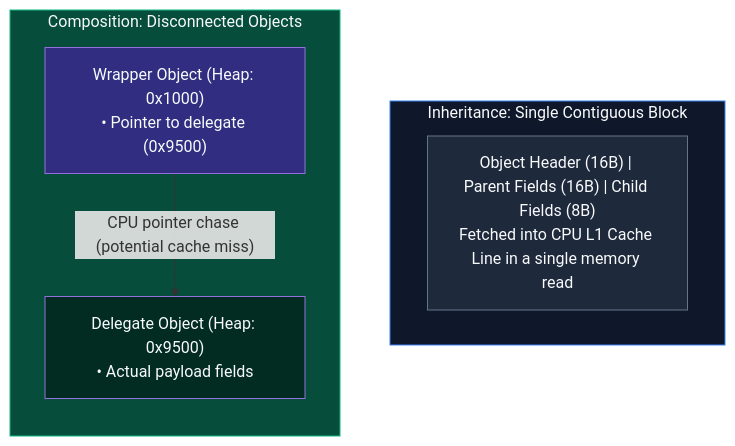
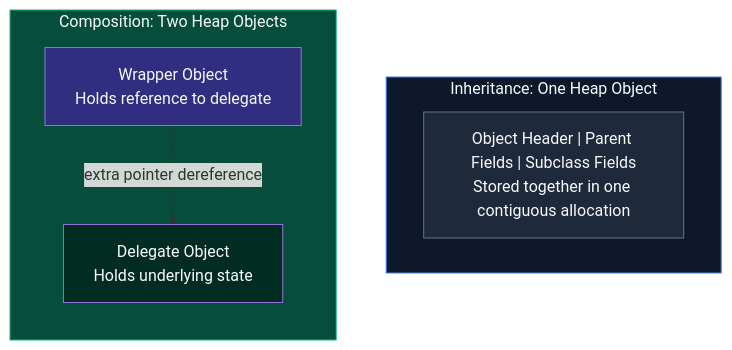
Before and after one commit to ravishankar2463/java_hub: the fourth of 4 diagrams in content/roadmap/level-1/composition-over-inheritance.md, drawn with Mermaid. The commit also changed other lines of this file and 119 other files, not shown here.

Commit message:
feat: add comprehensive java learning roadmap content across multiple levels

````diff
--- a/content/roadmap/level-1/composition-over-inheritance.md
+++ b/content/roadmap/level-1/composition-over-inheritance.md
@@ -292,20 +280,20 @@
 ```mermaid
 flowchart TD
-    subgraph InheritanceMemory ["Inheritance: Single Contiguous Block"]
+    subgraph InheritanceMemory ["Inheritance: One Heap Object"]
         direction LR
-        I_Obj["Object Header (16B) | Parent Fields (16B) | Child Fields (8B)<br/>Fetched into CPU L1 Cache Line in a single memory read"]
+        I_Obj["Object Header | Parent Fields | Subclass Fields<br/>Stored together in one contiguous allocation"]
     end
 
-    subgraph CompositionMemory ["Composition: Disconnected Objects"]
+    subgraph CompositionMemory ["Composition: Two Heap Objects"]
         direction TB
-        C_Outer["Wrapper Object (Heap: 0x1000)<br/>• Pointer to delegate (0x9500)"]
-        C_Inner["Delegate Object (Heap: 0x9500)<br/>• Actual payload fields"]
-        C_Outer -->|"CPU pointer chase (potential cache miss)"| C_Inner
+        C_Outer["Wrapper Object<br/>Holds reference to delegate"]
+        C_Inner["Delegate Object<br/>Holds underlying state"]
+        C_Outer -->|"extra pointer dereference"| C_Inner
     end
 
     style InheritanceMemory fill:#0f172a,stroke:#3b82f6,color:#f8fafc
     style CompositionMemory fill:#064e3b,stroke:#10b981,color:#f8fafc
     style I_Obj fill:#1e293b,stroke:#64748b,color:#f8fafc
     style C_Outer fill:#312e81,color:#f8fafc
     style C_Inner fill:#022c22,color:#f8fafc
 ```
````
